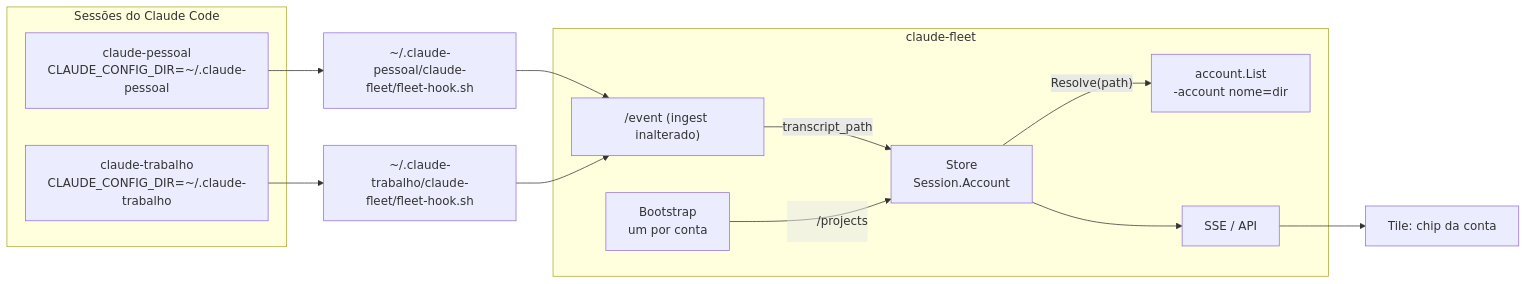
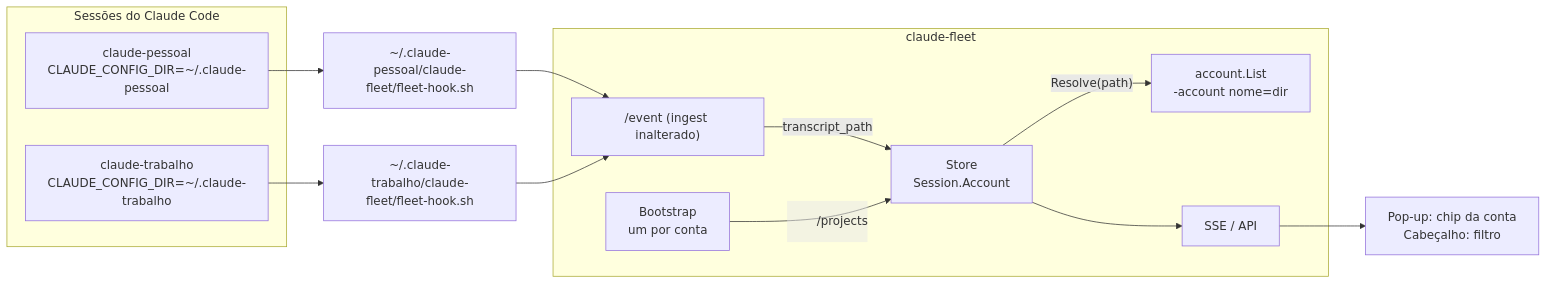
The diagram in .specs/features/multi-conta/design.md (devpolatto/claude-fleet), drawn with Mermaid before and after one commit. The commit also changed other lines of this file and 20 other files, not shown here.

````diff
--- a/.specs/features/multi-conta/design.md
+++ b/.specs/features/multi-conta/design.md
@@ -12,22 +12,22 @@
 ```mermaid
 flowchart LR
   subgraph cc["Sessões do Claude Code"]
     P["claude-pessoal<br/>CLAUDE_CONFIG_DIR=~/.claude-pessoal"]
     T["claude-trabalho<br/>CLAUDE_CONFIG_DIR=~/.claude-trabalho"]
   end
   HP["~/.claude-pessoal/claude-fleet/fleet-hook.sh"]
   HT["~/.claude-trabalho/claude-fleet/fleet-hook.sh"]
   subgraph srv["claude-fleet"]
     IN["/event (ingest inalterado)"]
     AC["account.List<br/>-account nome=dir"]
     ST["Store<br/>Session.Account"]
     BS["Bootstrap<br/>um por conta"]
     HUB["SSE / API"]
   end
   P --> HP --> IN
   T --> HT --> IN
   IN -- "transcript_path" --> ST
   ST -- "Resolve(path)" --> AC
   BS -- "<dir>/projects" --> ST
-  ST --> HUB --> PAGE["Tile: chip da conta"]
+  ST --> HUB --> PAGE["Pop-up: chip da conta<br/>Cabeçalho: filtro"]
 ```
````
